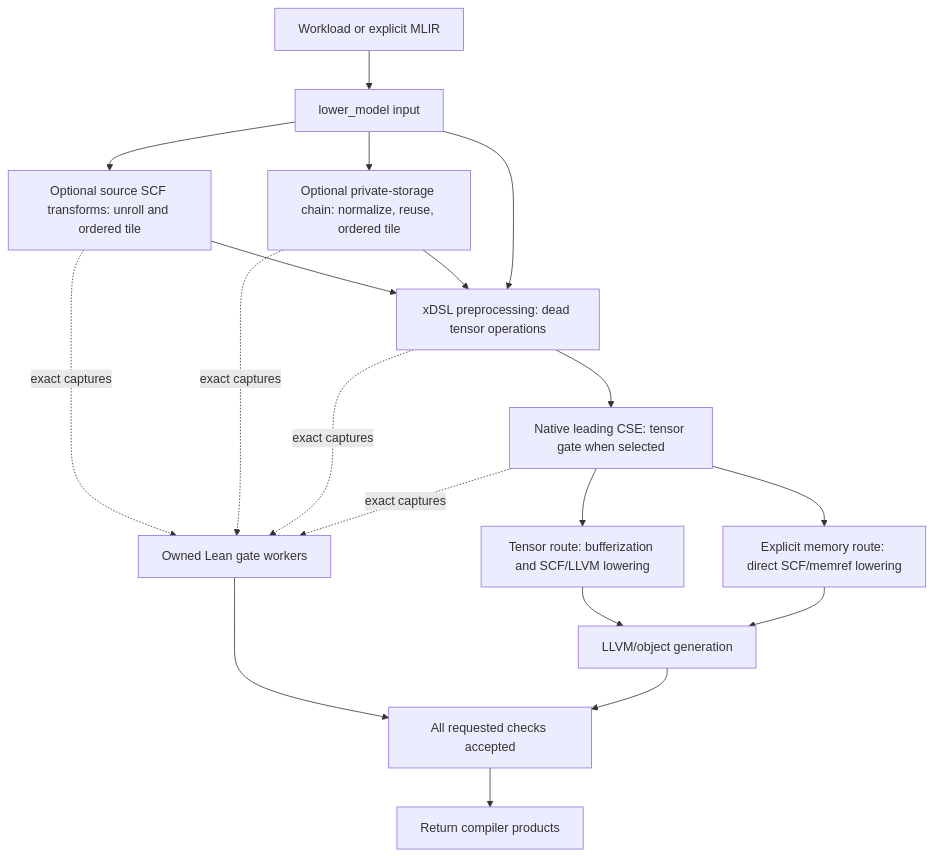
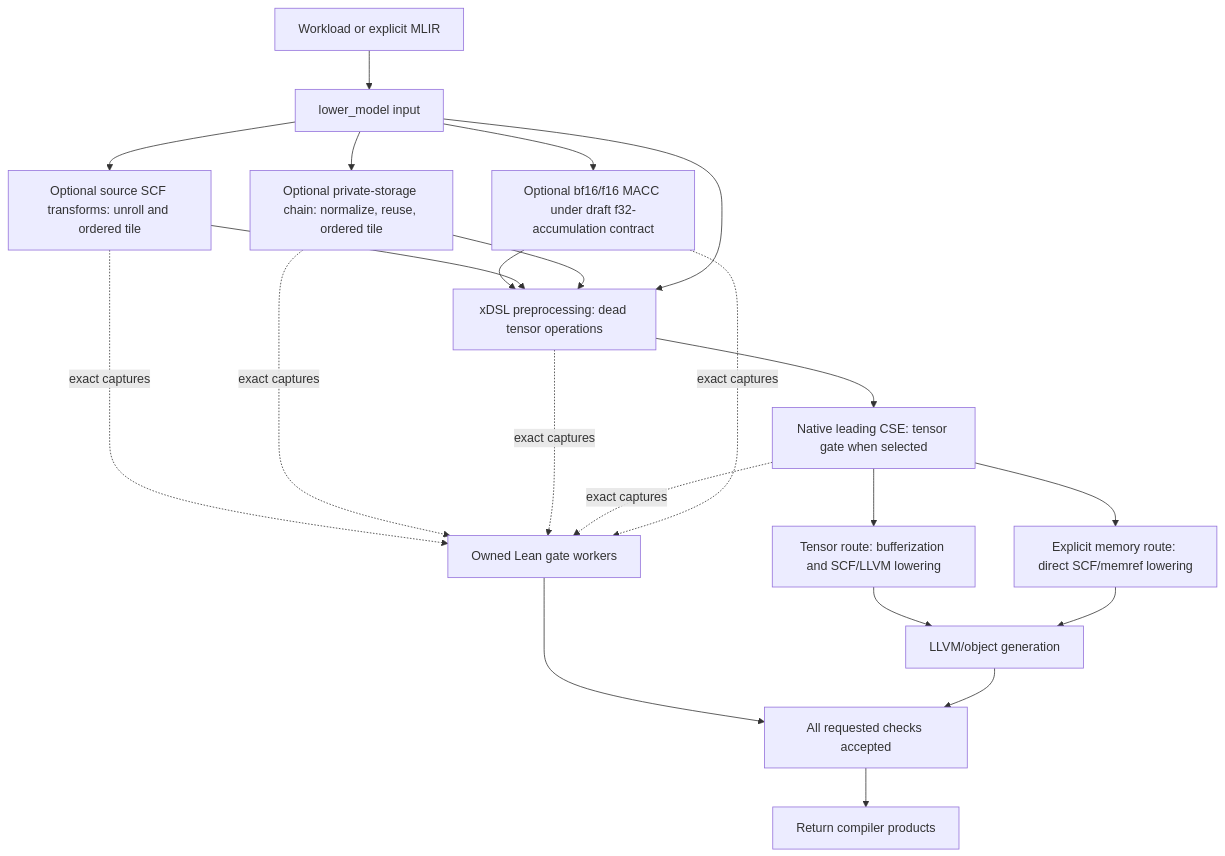
The diagram in docs/guides/lean_compiler_stack.md (ucb-bar/merlin), drawn with Mermaid before and after one commit. The commit also changed other lines of this file and 10 other files, not shown here.

````diff
--- a/docs/guides/lean_compiler_stack.md
+++ b/docs/guides/lean_compiler_stack.md
@@ -31,21 +32,24 @@
 ```mermaid
 flowchart TD
   A[Workload or explicit MLIR] --> B[lower_model input]
+  B --> N[Optional bf16/f16 MACC under draft f32-accumulation contract]
+  N --> E
   B --> C[Optional source SCF transforms: unroll and ordered tile]
   B --> D[Optional private-storage chain: normalize, reuse, ordered tile]
   C --> E[xDSL preprocessing: dead tensor operations]
   D --> E
   B --> E
   E --> F[Native leading CSE: tensor gate when selected]
   F --> T[Tensor route: bufferization and SCF/LLVM lowering]
   F --> M[Explicit memory route: direct SCF/memref lowering]
   T --> G[LLVM/object generation]
   M --> G
   C -. exact captures .-> P[Owned Lean gate workers]
   D -. exact captures .-> P
   E -. exact captures .-> P
   F -. exact captures .-> P
+  N -. exact captures .-> P
   P --> H[All requested checks accepted]
   G --> H
   H --> I[Return compiler products]
 ```
````
